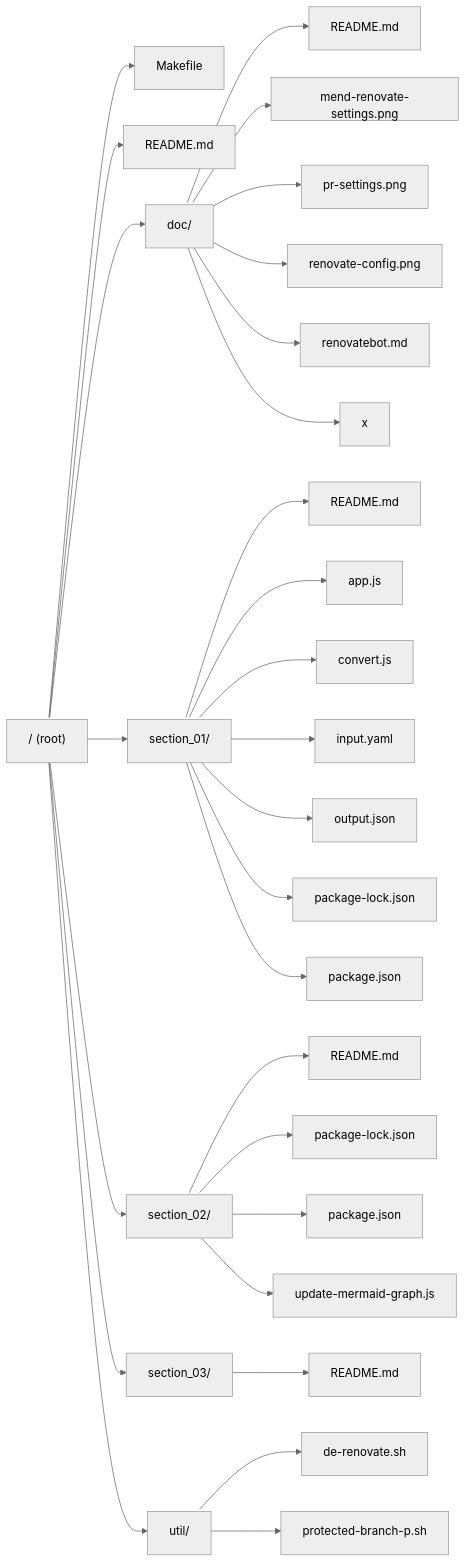
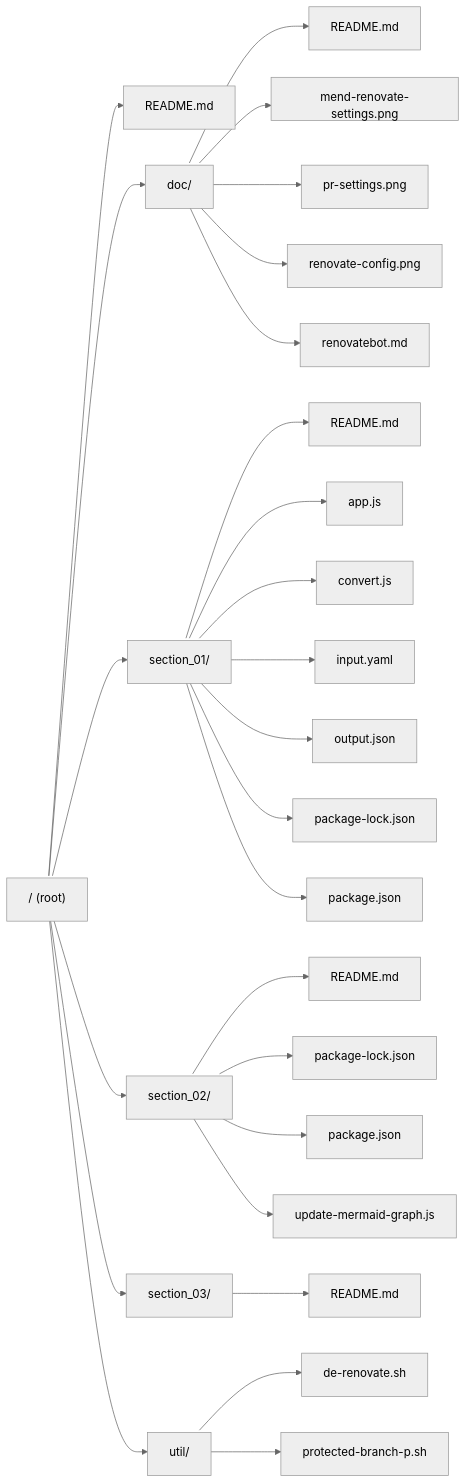
The diagram in README.md (allenhub-net/The--Complete--Github--Actions--and--Workflows--Guide), drawn with Mermaid (neutral theme) before and after one commit.

Commit message:
chore: update Mermaid graph in README.md

````diff
--- a/README.md
+++ b/README.md
@@ -78,35 +78,33 @@
 ```mermaid
 
 %% Repository Structure
 graph LR;
     %% Double vertical spacing
     classDef doubledSpacing height:60px;
     ROOT["/ (root)"]:::doubledSpacing
-    ROOT --> ._MAKEFILE["Makefile"]:::doubledSpacing
     ROOT --> ._READMEMD["README.md"]:::doubledSpacing
     ROOT --> ._DOC["doc/"]:::doubledSpacing
     ._DOC --> .DOC_READMEMD["README.md"]:::doubledSpacing
     ._DOC --> .DOC_MENDRENOVATESETTINGSPNG["mend-renovate-settings.png"]:::doubledSpacing
     ._DOC --> .DOC_PRSETTINGSPNG["pr-settings.png"]:::doubledSpacing
     ._DOC --> .DOC_RENOVATECONFIGPNG["renovate-config.png"]:::doubledSpacing
     ._DOC --> .DOC_RENOVATEBOTMD["renovatebot.md"]:::doubledSpacing
-    ._DOC --> .DOC_X["x"]:::doubledSpacing
     ROOT --> ._SECTION_01["section_01/"]:::doubledSpacing
     ._SECTION_01 --> .SECTION_01_READMEMD["README.md"]:::doubledSpacing
     ._SECTION_01 --> .SECTION_01_APPJS["app.js"]:::doubledSpacing
     ._SECTION_01 --> .SECTION_01_CONVERTJS["convert.js"]:::doubledSpacing
     ._SECTION_01 --> .SECTION_01_INPUTYAML["input.yaml"]:::doubledSpacing
     ._SECTION_01 --> .SECTION_01_OUTPUTJSON["output.json"]:::doubledSpacing
     ._SECTION_01 --> .SECTION_01_PACKAGELOCKJSON["package-lock.json"]:::doubledSpacing
     ._SECTION_01 --> .SECTION_01_PACKAGEJSON["package.json"]:::doubledSpacing
     ROOT --> ._SECTION_02["section_02/"]:::doubledSpacing
     ._SECTION_02 --> .SECTION_02_READMEMD["README.md"]:::doubledSpacing
     ._SECTION_02 --> .SECTION_02_PACKAGELOCKJSON["package-lock.json"]:::doubledSpacing
     ._SECTION_02 --> .SECTION_02_PACKAGEJSON["package.json"]:::doubledSpacing
     ._SECTION_02 --> .SECTION_02_UPDATEMERMAIDGRAPHJS["update-mermaid-graph.js"]:::doubledSpacing
     ROOT --> ._SECTION_03["section_03/"]:::doubledSpacing
     ._SECTION_03 --> .SECTION_03_READMEMD["README.md"]:::doubledSpacing
     ROOT --> ._UTIL["util/"]:::doubledSpacing
     ._UTIL --> .UTIL_DERENOVATESH["de-renovate.sh"]:::doubledSpacing
     ._UTIL --> .UTIL_PROTECTEDBRANCHPSH["protected-branch-p.sh"]:::doubledSpacing
 ```
````
